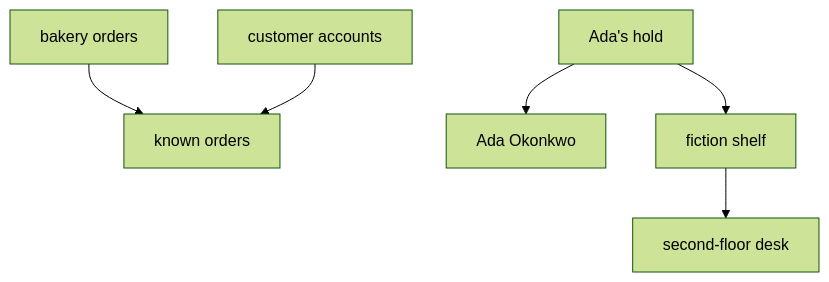
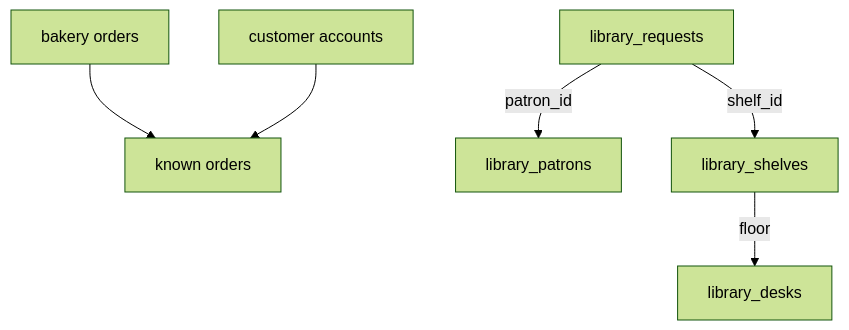
The diagram in dqlrs-web/examples/joins/README.md (jspreddy/dql), drawn with Mermaid (forest theme) before and after one commit. The commit also changed other lines of this file, not shown here.

Commit message:
docs(examples): describe the library join in the README diagram
Name each library column and label the three joins: patron, shelf, and floor.

````diff
--- a/dqlrs-web/examples/joins/README.md
+++ b/dqlrs-web/examples/joins/README.md
@@ -20,15 +20,15 @@
 ```mermaid
 flowchart TD
   orders["bakery orders"]
   accounts["customer accounts"]
   known["known orders"]
-  requests["Ada's hold"]
-  patrons["Ada Okonkwo"]
-  shelves["fiction shelf"]
-  desks["second-floor desk"]
+  requests["library_requests"]
+  patrons["library_patrons"]
+  shelves["library_shelves"]
+  desks["library_desks"]
   orders --> known
   accounts --> known
-  requests --> patrons
-  requests --> shelves
-  shelves --> desks
+  requests -->|"patron_id"| patrons
+  requests -->|"shelf_id"| shelves
+  shelves -->|"floor"| desks
 ```
````
